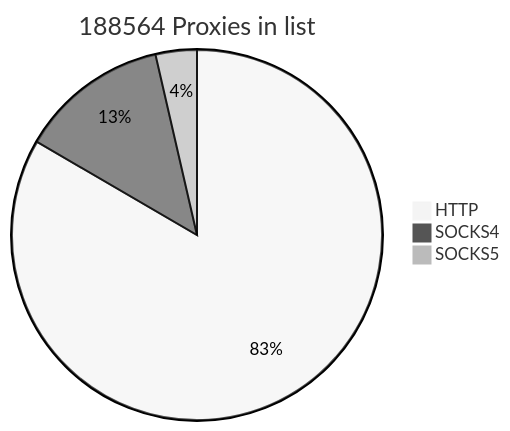
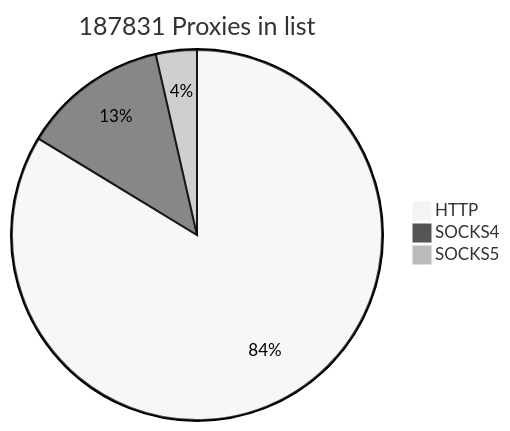
The first of 2 diagrams in README.md (cutipu/proxylist), drawn with Mermaid (neutral theme) before and after one commit. The commit also changed other lines of this file, not shown here.

````diff
--- a/README.md
+++ b/README.md
@@ -2,7 +2,7 @@
 ```mermaid
-pie title 188564 Proxies in list
-    "HTTP" : 157240
-    "SOCKS4" : 24535
-    "SOCKS5" : 6789
+pie title 187831 Proxies in list
+    "HTTP" : 157218
+    "SOCKS4" : 23909
+    "SOCKS5" : 6704
             
 ```
````
